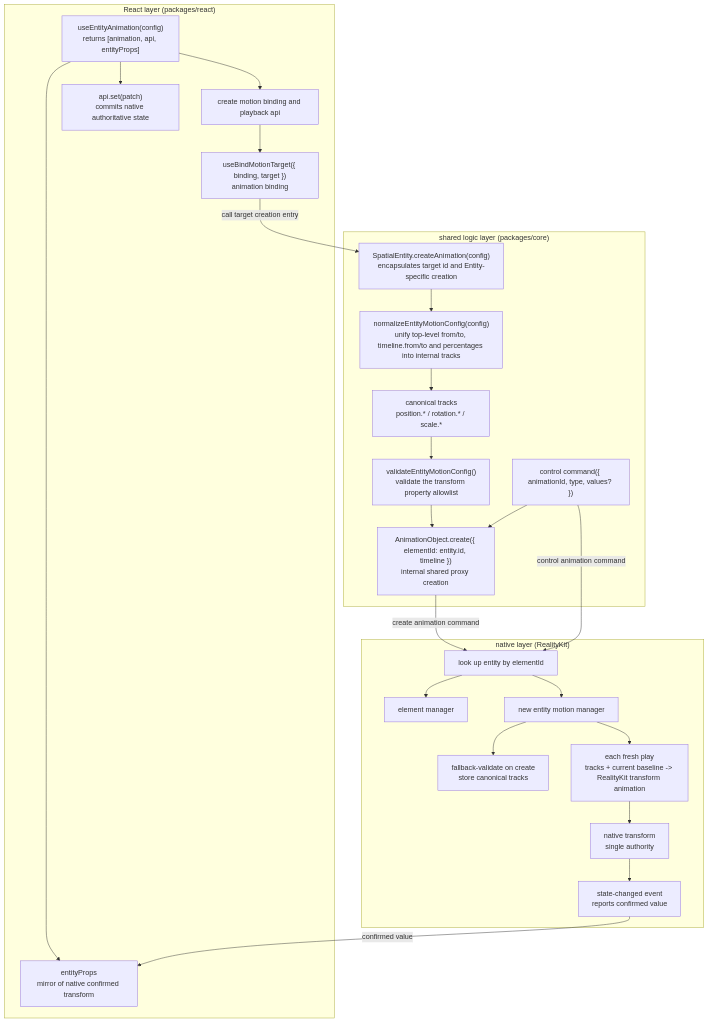
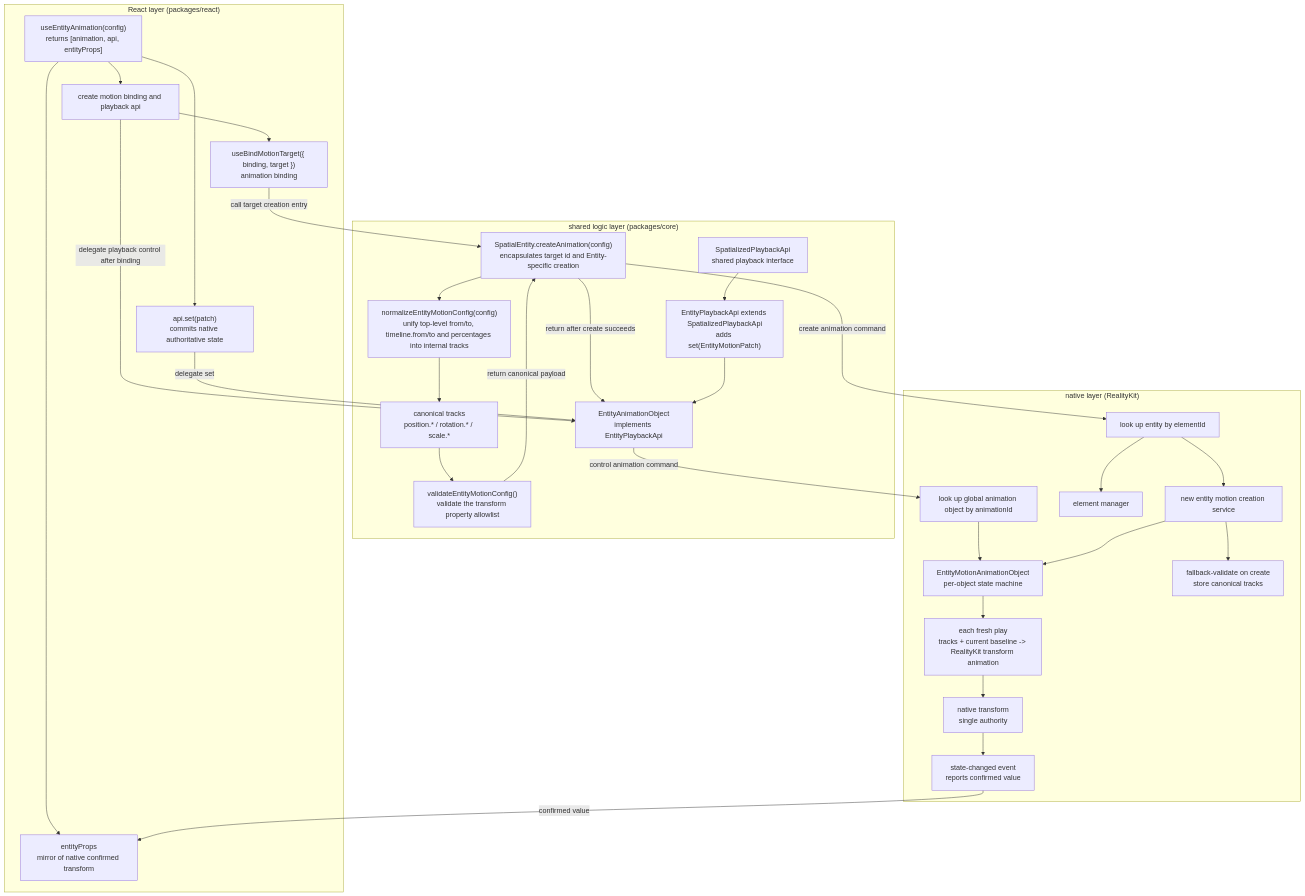
Before and after one commit to webspatial/webspatial-sdk: the first of 14 diagrams in openspec/changes/redesign-entity-motion-api/design.md, drawn with Mermaid. The commit also changed other lines of this file and 1 other file, not shown here.

````diff
--- a/openspec/changes/redesign-entity-motion-api/design.md
+++ b/openspec/changes/redesign-entity-motion-api/design.md
@@ -114,52 +115,61 @@
 ```mermaid
 flowchart TB
     subgraph React["React layer (packages/react)"]
         UseEntity["useEntityAnimation(config)<br/>returns [animation, api, entityProps]"]
         ReactBinding["create motion binding and playback api"]
         EntityProps["entityProps<br/>mirror of native confirmed transform"]
         ApiSet["api.set(patch)<br/>commits native authoritative state"]
         BindTarget["useBindMotionTarget({ binding, target })<br/>animation binding"]
 
         UseEntity --> ReactBinding
         UseEntity --> EntityProps
         UseEntity --> ApiSet
         ReactBinding --> BindTarget
     end
 
     subgraph Core["shared logic layer (packages/core)"]
         EntityCreate["SpatialEntity.createAnimation(config)<br/>encapsulates target id and Entity-specific creation"]
         Normalize["normalizeEntityMotionConfig(config)<br/>unify top-level from/to, timeline.from/to and percentages into internal tracks"]
         Tracks["canonical tracks<br/>position.* / rotation.* / scale.*"]
         Validate["validateEntityMotionConfig()<br/>validate the transform property allowlist"]
-        CreateObject["AnimationObject.create({ elementId: entity.id, timeline })<br/>internal shared proxy creation"]
-        ControlObject["control command({ animationId, type, values? })"]
+        PlaybackApi["SpatializedPlaybackApi<br/>shared playback interface"]
+        EntityApi["EntityPlaybackApi extends SpatializedPlaybackApi<br/>adds set(EntityMotionPatch)"]
+        CoreAnimationObject["EntityAnimationObject<br/>implements EntityPlaybackApi"]
 
         EntityCreate --> Normalize
         Normalize --> Tracks
         Tracks --> Validate
-        Validate --> CreateObject
-        ControlObject --> CreateObject
+        Validate -->|"return canonical payload"| EntityCreate
+        EntityCreate -->|"return after create succeeds"| CoreAnimationObject
+        PlaybackApi --> EntityApi
+        EntityApi --> CoreAnimationObject
     end
 
     subgraph Native["native layer (RealityKit)"]
         Resolve["look up entity by elementId"]
+        ResolveAnimation["look up global animation object by animationId"]
         ElementAdapter["element manager"]
-        EntityManager["new entity motion manager"]
+        EntityManager["new entity motion creation service"]
+        AnimationObject["EntityMotionAnimationObject<br/>per-object state machine"]
         NativeValidate["fallback-validate on create<br/>store canonical tracks"]
         Compile["each fresh play<br/>tracks + current baseline -> RealityKit transform animation"]
         Authority["native transform<br/>single authority"]
         Event["state-changed event<br/>reports confirmed value"]
 
         Resolve --> ElementAdapter
         Resolve --> EntityManager
+        ResolveAnimation --> AnimationObject
         EntityManager --> NativeValidate
-        EntityManager --> Compile
+        EntityManager --> AnimationObject
+        AnimationObject --> Compile
         Compile --> Authority
         Authority --> Event
     end
 
     BindTarget -->|"call target creation entry"| EntityCreate
-    CreateObject -->|"create animation command"| Resolve
-    ControlObject -->|"control animation command"| Resolve
+    ReactBinding -->|"delegate playback control after binding"| CoreAnimationObject
+    ApiSet -->|"delegate set"| CoreAnimationObject
+    EntityCreate -->|"create animation command"| Resolve
+    CoreAnimationObject -->|"control animation command"| ResolveAnimation
     Event -->|"confirmed value"| EntityProps
 ```
````
